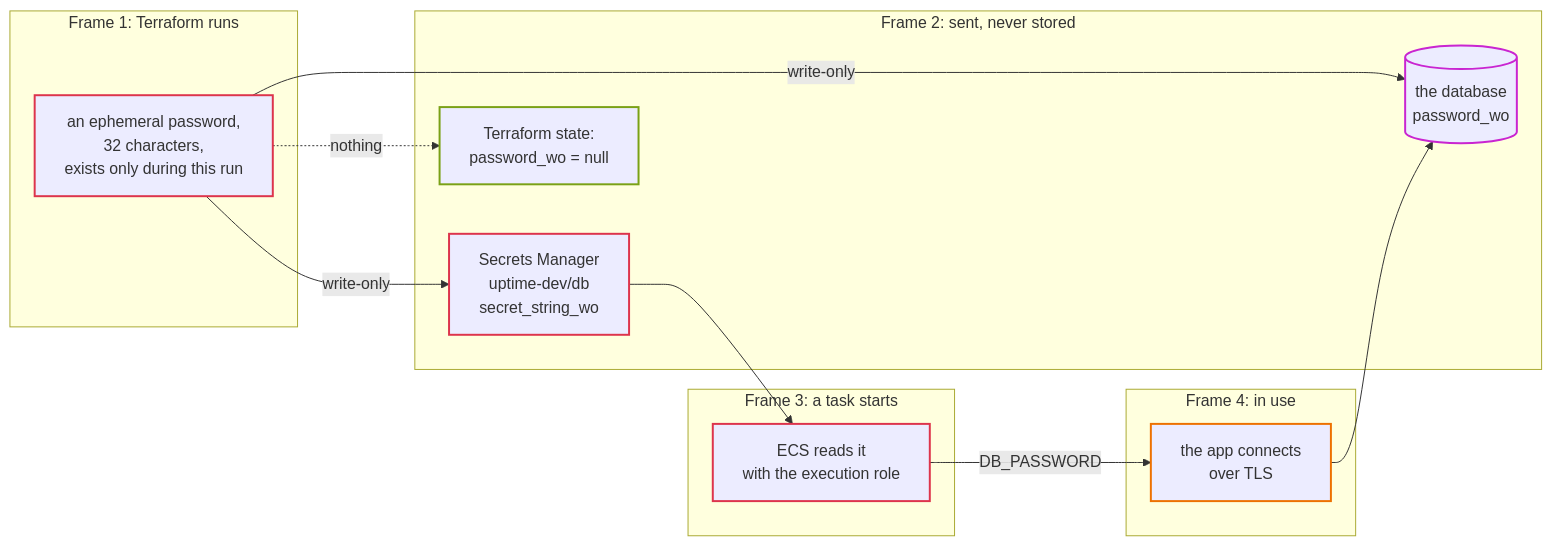
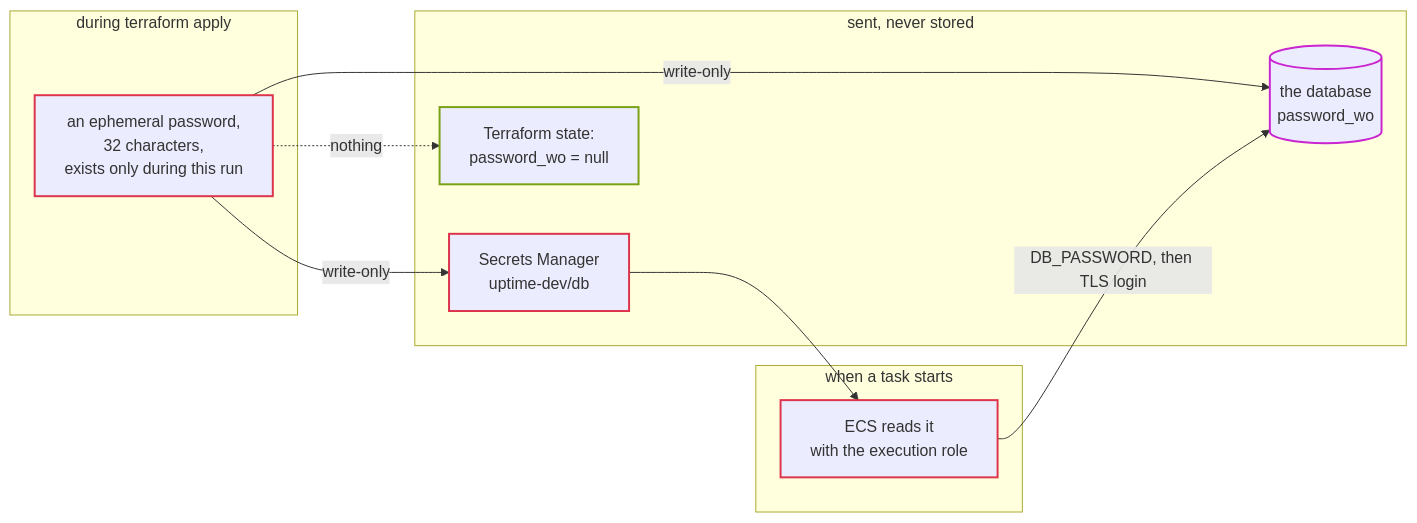
The second of 2 diagrams in docs/storybook/06-identity-and-secrets.md (shadreza/aws-three-tier-cloud-ref-architecture), drawn with Mermaid before and after one commit. The commit also changed other lines of this file and 23 other files, not shown here.

````diff
--- a/docs/storybook/06-identity-and-secrets.md
+++ b/docs/storybook/06-identity-and-secrets.md
@@ -122,31 +97,25 @@
 ```mermaid
 flowchart LR
-    subgraph f1["Frame 1: Terraform runs"]
+    subgraph f1["during terraform apply"]
         t1["an ephemeral password,<br/>32 characters,<br/>exists only during this run"]
     end
-    subgraph f2["Frame 2: sent, never stored"]
+    subgraph f2["sent, never stored"]
         rds[("the database<br/>password_wo")]
-        sm["Secrets Manager<br/>uptime-dev/db<br/>secret_string_wo"]
+        sm["Secrets Manager<br/>uptime-dev/db"]
         st["Terraform state:<br/>password_wo = null"]
     end
-    subgraph f3["Frame 3: a task starts"]
+    subgraph f3["when a task starts"]
         ex["ECS reads it<br/>with the execution role"]
-    end
-    subgraph f4["Frame 4: in use"]
-        app["the app connects<br/>over TLS"]
     end
     t1 -- "write-only" --> rds
     t1 -- "write-only" --> sm
     t1 -. "nothing" .-> st
     sm --> ex
-    ex -- "DB_PASSWORD" --> app
-    app --> rds
+    ex -- "DB_PASSWORD, then TLS login" --> rds
     classDef security stroke:#DD344C,stroke-width:2px
     classDef database stroke:#C925D1,stroke-width:2px
-    classDef compute stroke:#ED7100,stroke-width:2px
     classDef storage stroke:#7AA116,stroke-width:2px
     class t1,sm,ex security
     class rds database
-    class app compute
     class st storage
 ```
````
